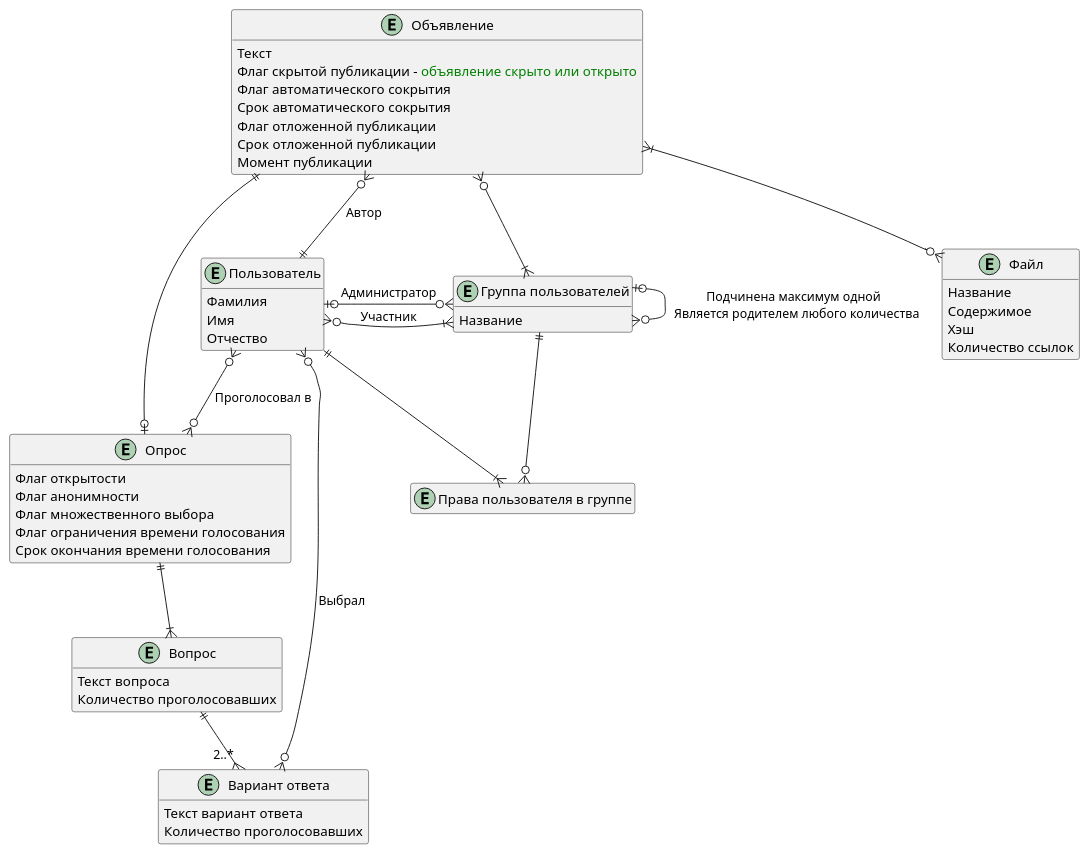
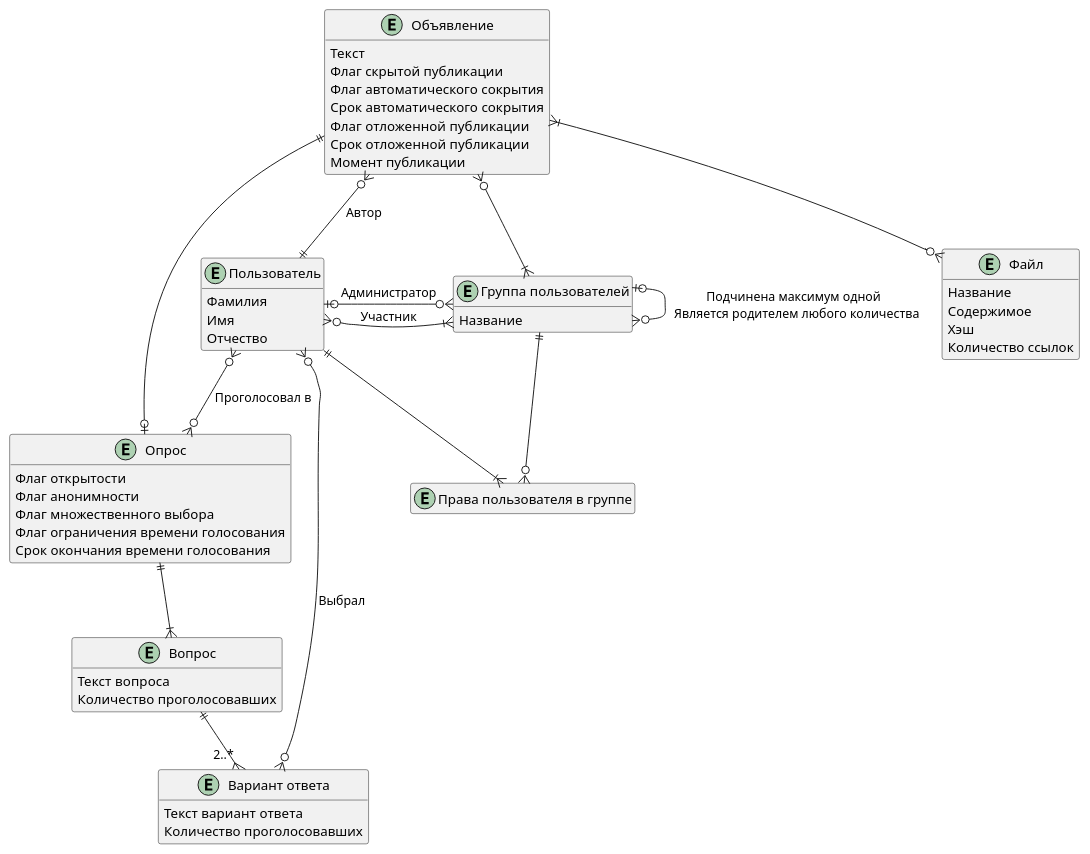
The diagram in doc/Диаграммы/er.puml (astu-app/ASTU-Bulletin-Board-Server), drawn with PlantUML before and after one commit. The commit also changed 6 other files, not shown here.

```diff
--- a/doc/Диаграммы/er.puml
+++ b/doc/Диаграммы/er.puml
@@ -1,69 +1,69 @@
 @startuml
 'https://plantuml.com/class-diagram
 
 hide methods
 
 entity "Пользователь" as user {
     Фамилия
     Имя
     Отчество
 }
 
 entity "Объявление" as notification { 
     Текст
-    Флаг скрытой публикации - <font color="green">объявление скрыто или открыто</font>
+    Флаг скрытой публикации
     Флаг автоматического сокрытия
     Срок автоматического сокрытия
     Флаг отложенной публикации
     Срок отложенной публикации
     Момент публикации
 }
 notification }o--|| user : Автор
 
 entity "Файл" as attachedFile { 
     Название
     Содержимое
     Хэш
     Количество ссылок
 }
 notification }|--o{ attachedFile
 
 entity "Опрос" as survey {
     Флаг открытости
     Флаг анонимности
     Флаг множественного выбора
     Флаг ограничения времени голосования
     Срок окончания времени голосования
 }
 notification ||--o| survey
 user }o--o{ survey : Проголосовал в
 
 entity "Вопрос" as question {
     Текст вопроса
     Количество проголосовавших
 }
 survey ||--|{ question
 
 entity "Вариант ответа" as answer {
     Текст вариант ответа
     Количество проголосовавших
 }
 question ||--{ "2..*" answer
 user }o--o{ answer : Выбрал
 
 entity "Группа пользователей" as userGroup { 
     Название
 }
 notification }o--|{ userGroup
 user }o--|{ userGroup : Участник
 user |o-right-o{ userGroup : Администратор
 userGroup |o--o{ userGroup : Подчинена максимум одной \n Является родителем любого количества
 
 entity "Права пользователя в группе" as userRightsInGroup {}
 hide userRightsInGroup members
 user ||--|{ userRightsInGroup
 userGroup ||--o{ userRightsInGroup
 
 
 
 @enduml
```
